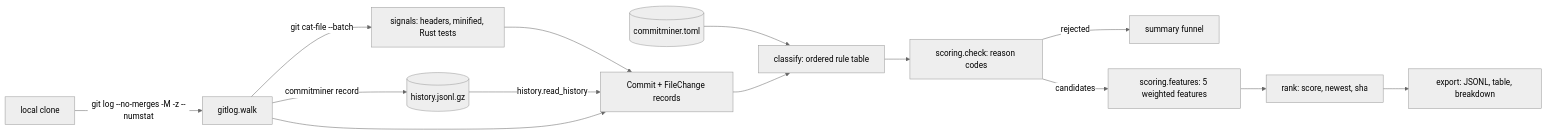
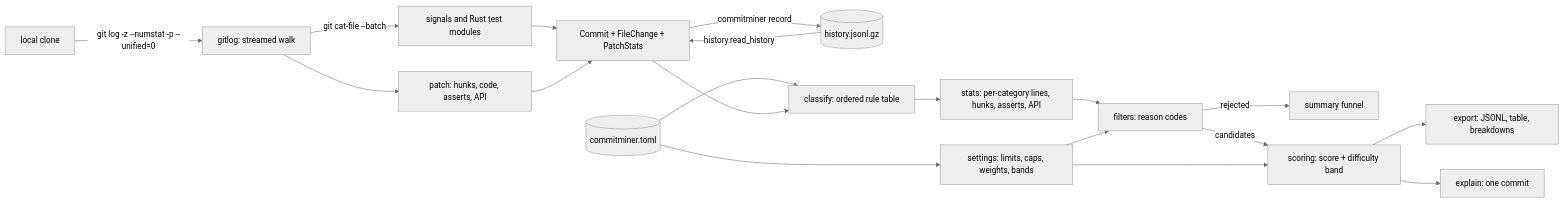
One commit to vipul21435/commitminer changed the diagram in README.md. Above: the diagram before and after it, drawn with Mermaid (neutral theme). The commit also changed other lines of this file and 2 other files, not shown here.

First line of the commit message:
docs: document patch measurements, difficulty bands and explain; tick slice 2

````diff
--- a/README.md
+++ b/README.md
@@ -238,16 +422,21 @@
 ```mermaid
 flowchart LR
-    clone[local clone] -->|"git log --no-merges -M -z --numstat"| walk[gitlog.walk]
-    walk -->|"git cat-file --batch"| signals[signals: headers, minified, Rust tests]
+    clone[local clone] -->|"git log -z --numstat -p --unified=0"| walk[gitlog: streamed walk]
+    walk -->|"git cat-file --batch"| signals[signals and Rust test modules]
+    walk --> patch[patch: hunks, code, asserts, API]
     signals --> commits
-    walk -->|commitminer record| rec[(history.jsonl.gz)]
+    patch --> commits[Commit + FileChange + PatchStats]
+    commits -->|commitminer record| rec[(history.jsonl.gz)]
     rec -->|history.read_history| commits
-    walk --> commits[Commit + FileChange records]
     toml[(commitminer.toml)] --> classify
+    toml --> settings[settings: limits, caps, weights, bands]
     commits --> classify[classify: ordered rule table]
-    classify --> check[scoring.check: reason codes]
-    check -->|rejected| funnel[summary funnel]
-    check -->|candidates| features[scoring.features: 5 weighted features]
-    features --> rank[rank: score, newest, sha]
-    rank --> export[export: JSONL, table, breakdown]
+    classify --> stats[stats: per-category lines, hunks, asserts, API]
+    stats --> filters[filters: reason codes]
+    settings --> filters
+    filters -->|rejected| funnel[summary funnel]
+    filters -->|candidates| scoring[scoring: score + difficulty band]
+    settings --> scoring
+    scoring --> export[export: JSONL, table, breakdowns]
+    scoring --> explain[explain: one commit]
 ```
````
